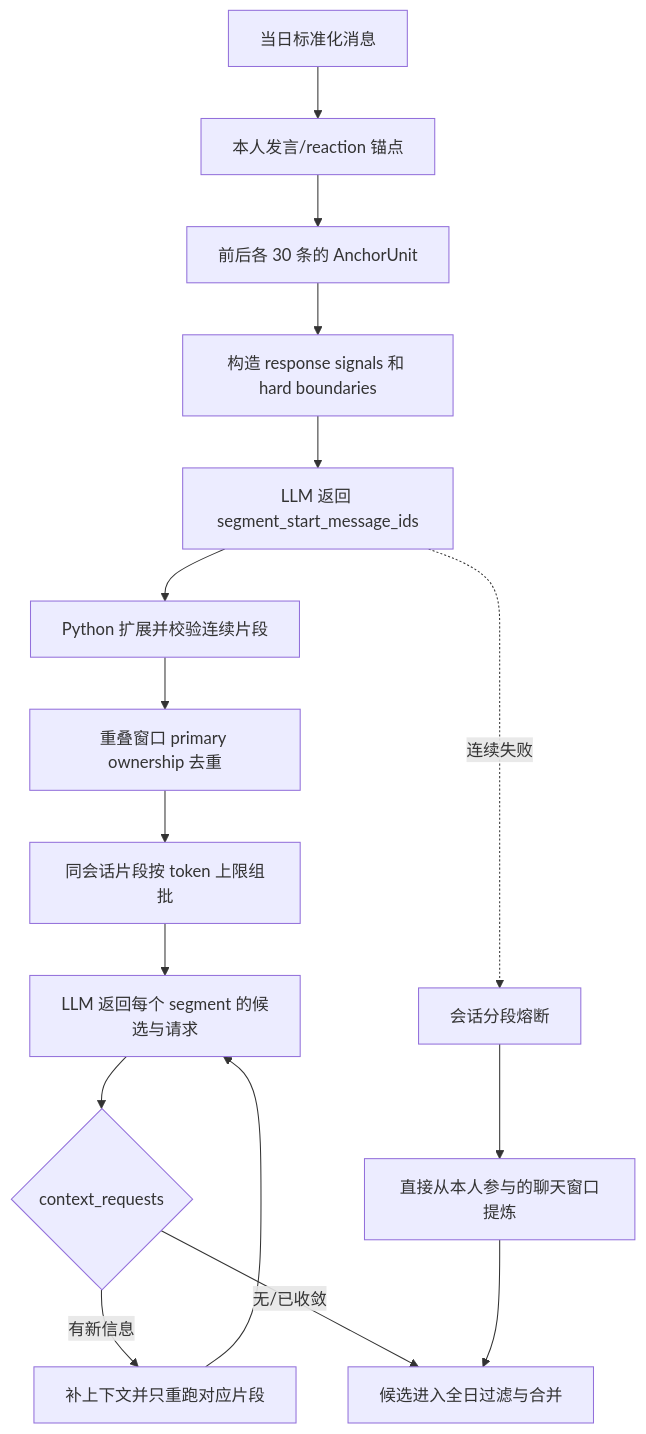
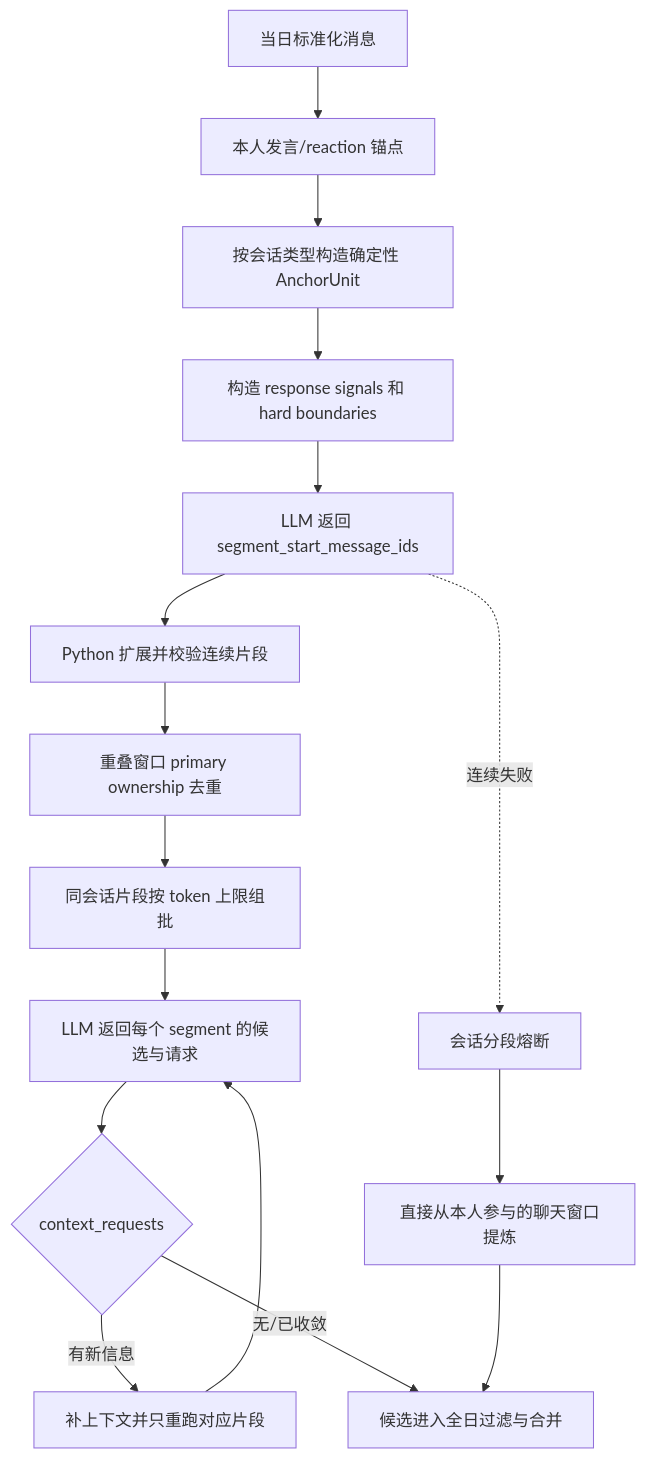
The diagram in docs/conversation-slice-retry-design.md (sunweisheng/WorkTrace), drawn with Mermaid before and after one commit. The commit also changed other lines of this file and 11 other files, not shown here.

````diff
--- a/docs/conversation-slice-retry-design.md
+++ b/docs/conversation-slice-retry-design.md
@@ -25,19 +25,19 @@
 ```mermaid
 flowchart TD
     A["当日标准化消息"] --> B["本人发言/reaction 锚点"]
-    B --> C["前后各 30 条的 AnchorUnit"]
+    B --> C["按会话类型构造确定性 AnchorUnit"]
     C --> D["构造 response signals 和 hard boundaries"]
     D --> E["LLM 返回 segment_start_message_ids"]
     E --> F["Python 扩展并校验连续片段"]
     F --> G["重叠窗口 primary ownership 去重"]
     G --> H["同会话片段按 token 上限组批"]
     H --> I["LLM 返回每个 segment 的候选与请求"]
     I --> J{"context_requests"}
     J -->|"有新信息"| K["补上下文并只重跑对应片段"]
     K --> I
     J -->|"无/已收敛"| L["候选进入全日过滤与合并"]
 
     E -. "连续失败" .-> M["会话分段熔断"]
     M --> N["直接从本人参与的聊天窗口提炼"]
     N --> L
 ```
````
